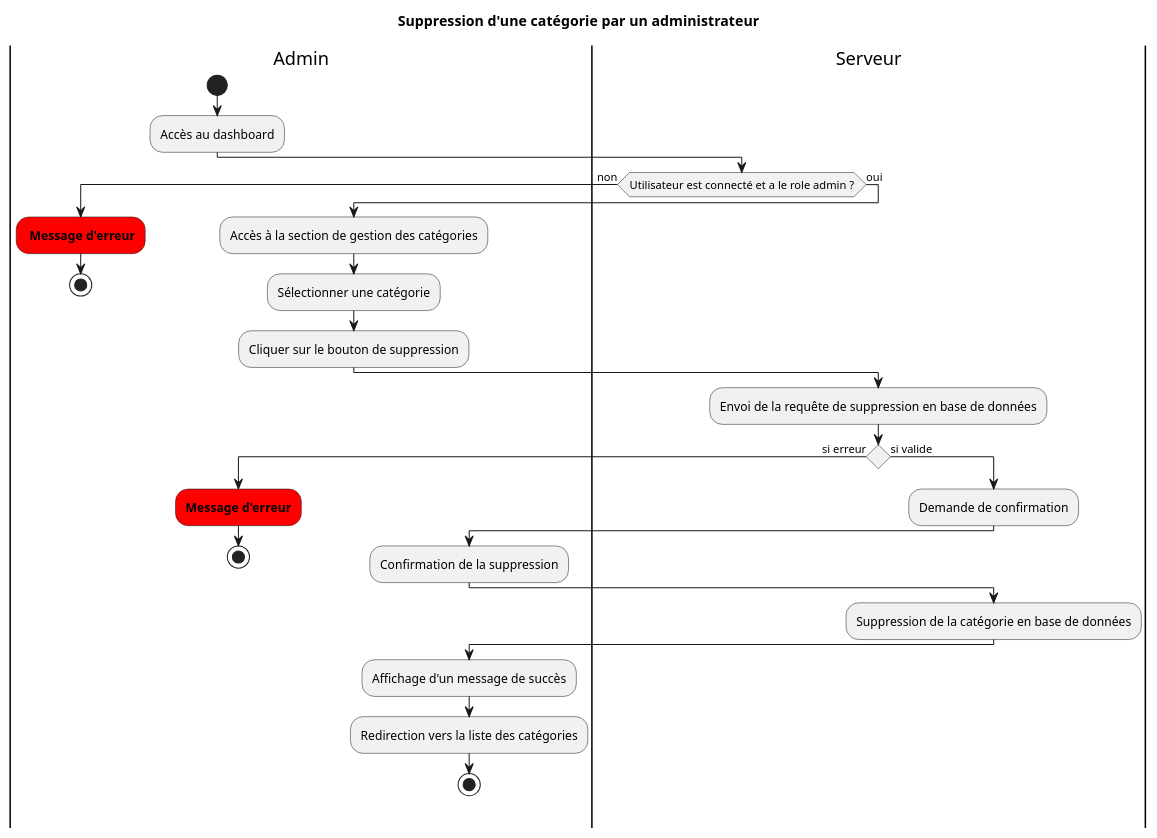
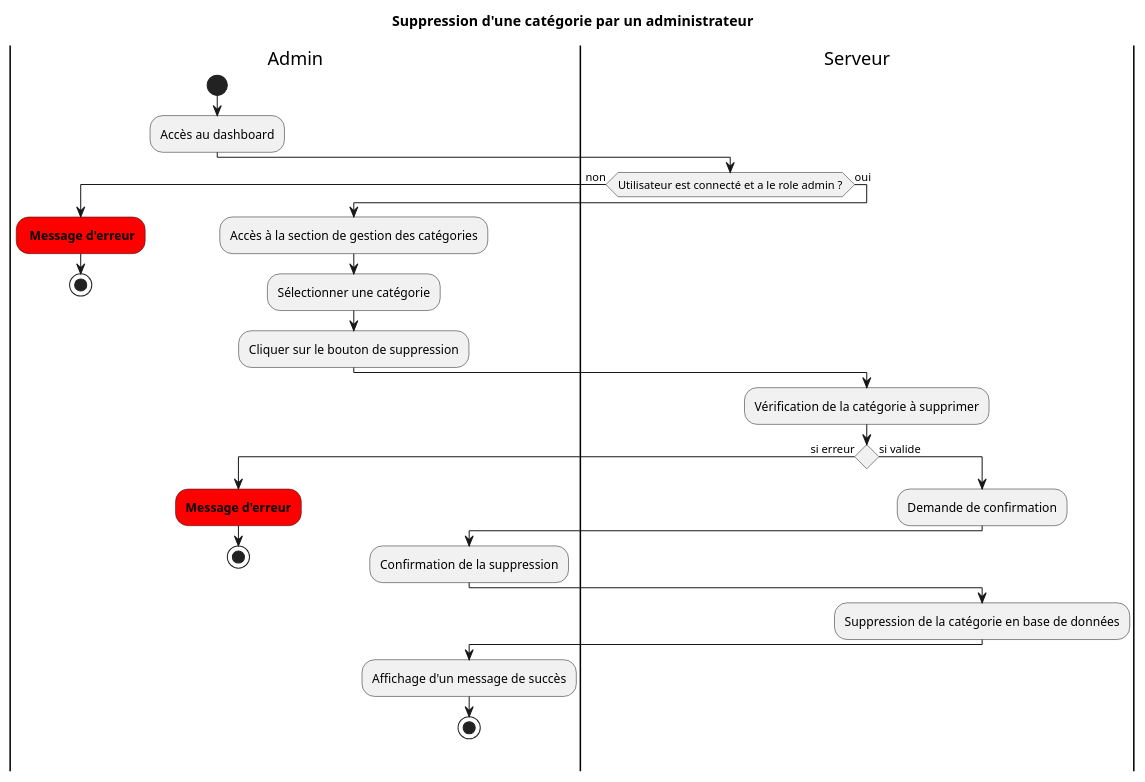
Before and after one commit to fledgless/PFI-HDF: the diagram in public/conception/diagrammes/activite/AdminDeleteCategorie.puml, drawn with PlantUML. The commit also changed 14 other files, not shown here.

Commit message:
ajout des diagrammes d'activité de lecture et de modification d'objet

```diff
--- a/public/conception/diagrammes/activite/AdminDeleteCategorie.puml
+++ b/public/conception/diagrammes/activite/AdminDeleteCategorie.puml
@@ -1,36 +1,35 @@
 @startuml AdminDeleteCategorie
 title Suppression d'une catégorie par un administrateur
 
 |Admin|
 start
 :Accès au dashboard;
 |Serveur|
 if (Utilisateur est connecté et a le role admin ?) then (non)
   |Admin|
   #red: **Message d'erreur**;
   stop
 else (oui)
   |Admin|
   :Accès à la section de gestion des catégories;
   :Sélectionner une catégorie;
     :Cliquer sur le bouton de suppression;
   |Serveur|
-  :Envoi de la requête de suppression en base de données;
+  :Vérification de la catégorie à supprimer;
   if () is (si erreur) then
     |Admin|
     #red:**Message d'erreur**;
     stop
   else (si valide)
     |Serveur|
     :Demande de confirmation;
     |Admin|
     :Confirmation de la suppression;
     |Serveur|
     :Suppression de la catégorie en base de données;
     |Admin|
     :Affichage d'un message de succès;
-    :Redirection vers la liste des catégories;
     stop
   endif
 endif
 @enduml
```
